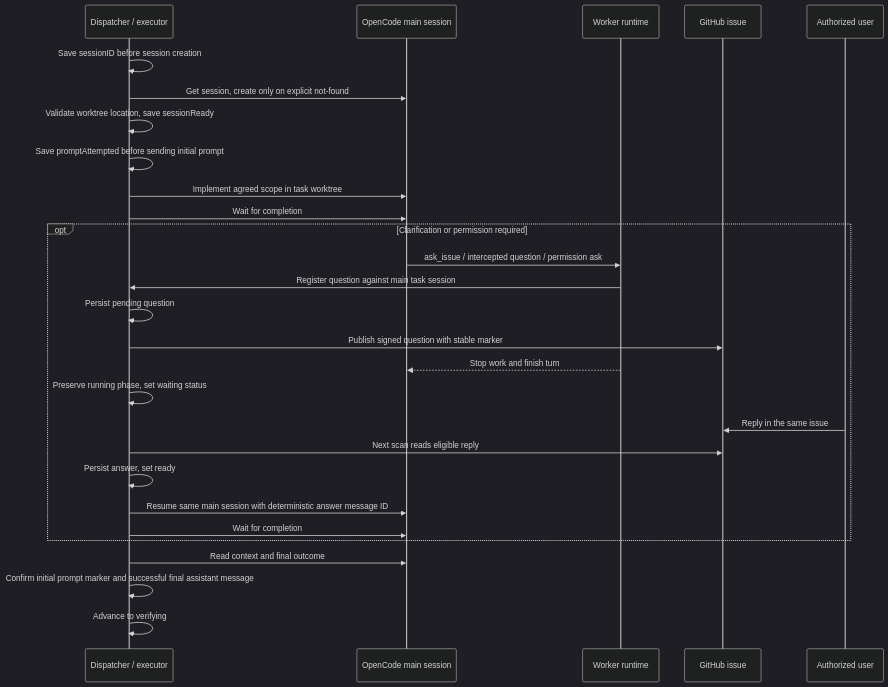
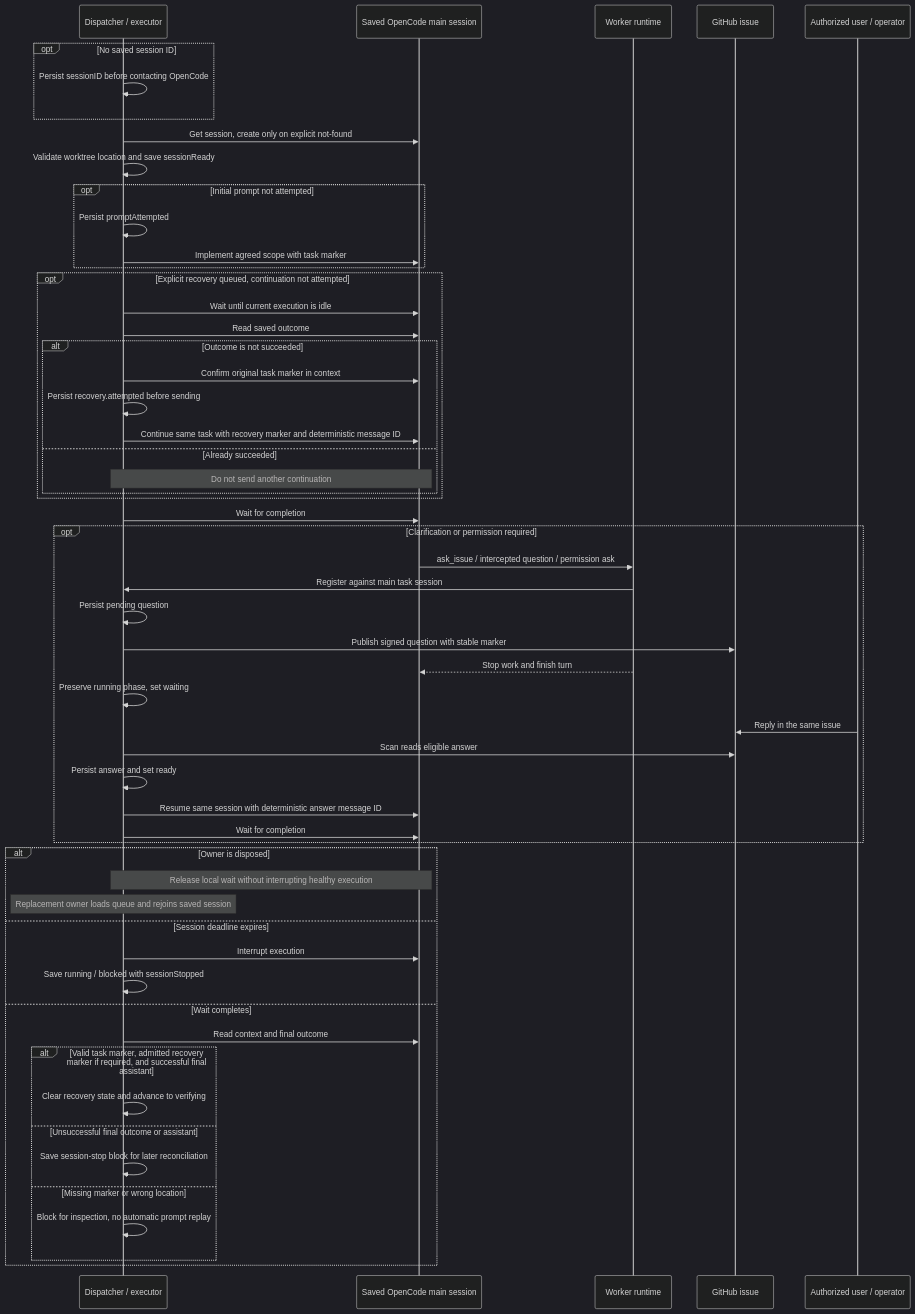
The fourth of 8 diagrams in docs/bot-workflow.md (d3cker/opencode2-github-automation), drawn with Mermaid (dark theme) before and after one commit. The commit also changed other lines of this file and 9 other files, not shown here.

Commit message:
docs: align workflow diagrams and require documentation with code changes

````diff
--- a/docs/bot-workflow.md
+++ b/docs/bot-workflow.md
@@ -173,30 +225,58 @@
 ```mermaid
 sequenceDiagram
     participant D as Dispatcher / executor
-    participant S as OpenCode main session
+    participant S as Saved OpenCode main session
     participant R as Worker runtime
     participant G as GitHub issue
-    participant U as Authorized user
-    D->>D: Save sessionID before session creation
+    participant U as Authorized user / operator
+    opt No saved session ID
+        D->>D: Persist sessionID before contacting OpenCode
+    end
     D->>S: Get session, create only on explicit not-found
-    D->>D: Validate worktree location, save sessionReady
-    D->>D: Save promptAttempted before sending initial prompt
-    D->>S: Implement agreed scope in task worktree
+    D->>D: Validate worktree location and save sessionReady
+    opt Initial prompt not attempted
+        D->>D: Persist promptAttempted
+        D->>S: Implement agreed scope with task marker
+    end
+    opt Explicit recovery queued, continuation not attempted
+        D->>S: Wait until current execution is idle
+        D->>S: Read saved outcome
+        alt Outcome is not succeeded
+            D->>S: Confirm original task marker in context
+            D->>D: Persist recovery.attempted before sending
+            D->>S: Continue same task with recovery marker and deterministic message ID
+        else Already succeeded
+            Note over D,S: Do not send another continuation
+        end
+    end
     D->>S: Wait for completion
     opt Clarification or permission required
         S->>R: ask_issue / intercepted question / permission ask
-        R->>D: Register question against main task session
+        R->>D: Register against main task session
         D->>D: Persist pending question
         D->>G: Publish signed question with stable marker
         R-->>S: Stop work and finish turn
-        D->>D: Preserve running phase, set waiting status
+        D->>D: Preserve running phase, set waiting
         U->>G: Reply in the same issue
-        D->>G: Next scan reads eligible reply
-        D->>D: Persist answer, set ready
-        D->>S: Resume same main session with deterministic answer message ID
+        D->>G: Scan reads eligible answer
+        D->>D: Persist answer and set ready
+        D->>S: Resume same session with deterministic answer message ID
         D->>S: Wait for completion
     end
-    D->>S: Read context and final outcome
-    D->>D: Confirm initial prompt marker and successful final assistant message
-    D->>D: Advance to verifying
+    alt Owner is disposed
+        Note over D,S: Release local wait without interrupting healthy execution
+        Note over D: Replacement owner loads queue and rejoins saved session
+    else Session deadline expires
+        D->>S: Interrupt execution
+        D->>D: Save running / blocked with sessionStopped
+    else Wait completes
+        D->>S: Read context and final outcome
+        alt Valid task marker, admitted recovery marker if required, and successful final assistant
+            D->>D: Clear recovery state and advance to verifying
+        else Unsuccessful final outcome or assistant
+            D->>D: Save session-stop block for later reconciliation
+        else Missing marker or wrong location
+            D->>D: Block for inspection, no automatic prompt replay
+        end
+    end
 ```
````
